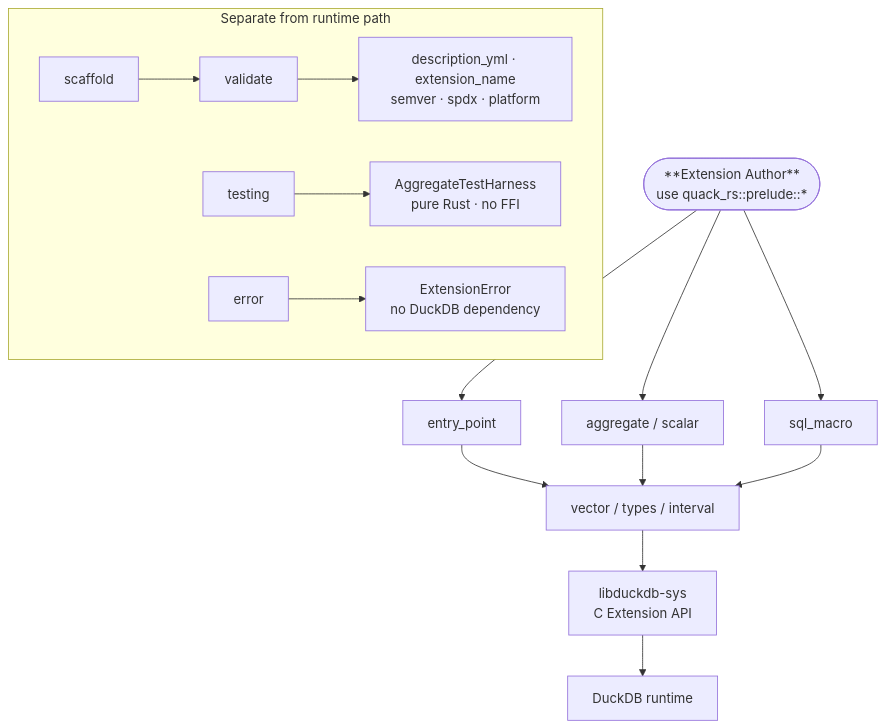
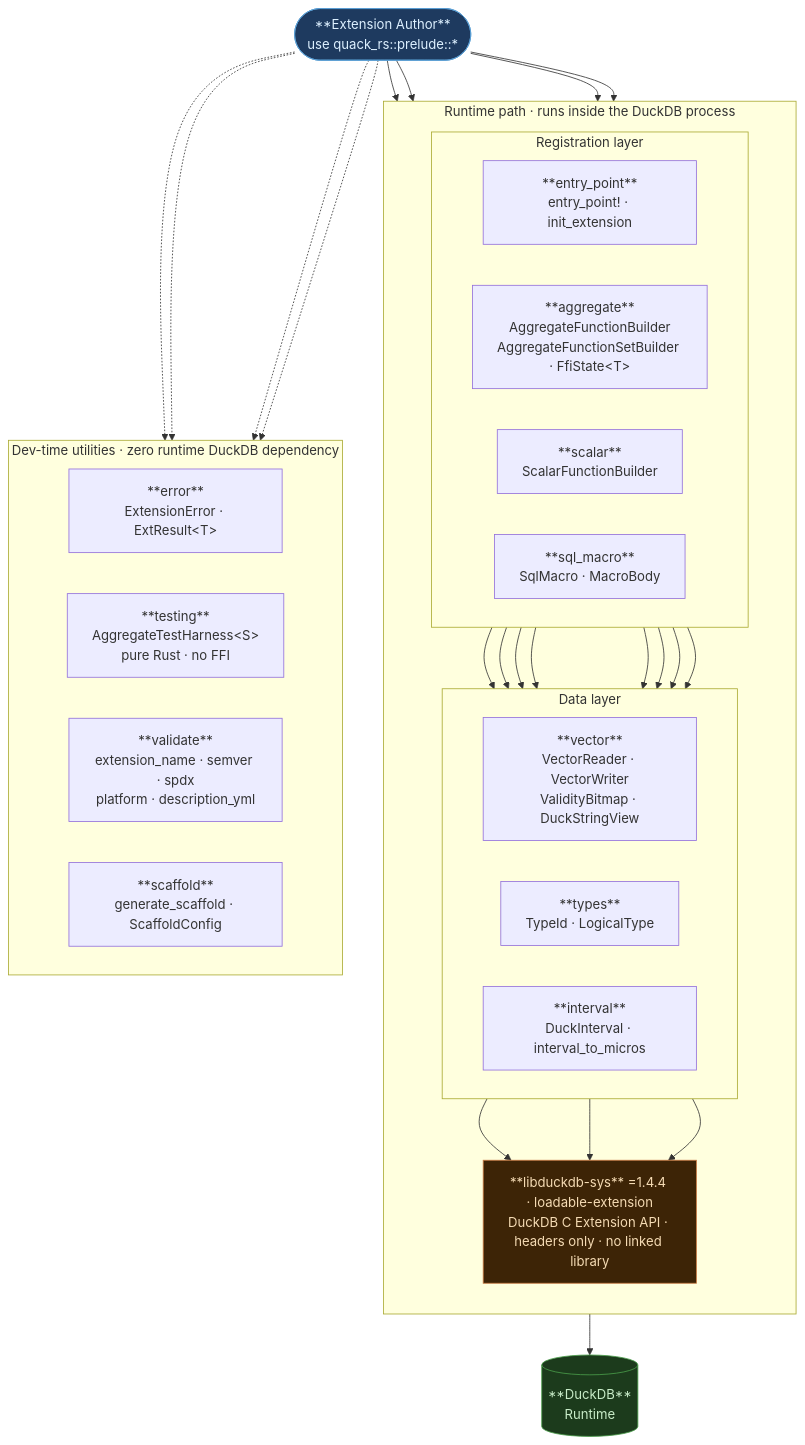
Before and after one commit to tomtom215/quack-rs: the diagram in README.md, drawn with Mermaid. The commit also changed 3 other files, not shown here.

First line of the commit message:
docs: redesign architecture diagram and polish all mermaid diagrams

````diff
--- a/README.md
+++ b/README.md
@@ -483,23 +483,48 @@
 ```mermaid
-graph TD
-    Author(["**Extension Author**<br/>use quack_rs::prelude::*"])
+flowchart TB
+    Author(["**Extension Author**<br/>use quack_rs::prelude::*"]):::author
 
-    Author --> EP[entry_point]
-    Author --> AS["aggregate / scalar"]
-    Author --> SM[sql_macro]
+    subgraph RUNTIME ["Runtime path · runs inside the DuckDB process"]
+        direction TB
 
-    EP  --> VTI["vector / types / interval"]
-    AS  --> VTI
-    SM  --> VTI
+        subgraph REG ["Registration layer"]
+            direction LR
+            EP["**entry_point**<br/>entry_point! · init_extension"]
+            AGG["**aggregate**<br/>AggregateFunctionBuilder<br/>AggregateFunctionSetBuilder · FfiState&lt;T&gt;"]
+            SCL["**scalar**<br/>ScalarFunctionBuilder"]
+            SM["**sql_macro**<br/>SqlMacro · MacroBody"]
+        end
 
-    VTI --> SYS["libduckdb-sys<br/>C Extension API"]
-    SYS --> RT[DuckDB runtime]
+        subgraph DATA ["Data layer"]
+            direction LR
+            VEC["**vector**<br/>VectorReader · VectorWriter<br/>ValidityBitmap · DuckStringView"]
+            TYP["**types**<br/>TypeId · LogicalType"]
+            INT["**interval**<br/>DuckInterval · interval_to_micros"]
+        end
 
-    subgraph util ["Separate from runtime path"]
+        SYS["**libduckdb-sys** =1.4.4 · loadable-extension<br/>DuckDB C Extension API · headers only · no linked library"]:::ffi
+    end
+
+    RT[("**DuckDB**<br/>Runtime")]:::duckdb
+
+    subgraph DEV ["Dev-time utilities · zero runtime DuckDB dependency"]
         direction LR
-        SCF[scaffold] --> VAL[validate]
-        VAL --> V1["description_yml · extension_name<br/>semver · spdx · platform"]
-        TST[testing] --> T1["AggregateTestHarness<br/>pure Rust · no FFI"]
-        ERR[error]   --> E1["ExtensionError<br/>no DuckDB dependency"]
+        ERR["**error**<br/>ExtensionError · ExtResult&lt;T&gt;"]
+        TST["**testing**<br/>AggregateTestHarness&lt;S&gt;<br/>pure Rust · no FFI"]
+        VAL["**validate**<br/>extension_name · semver · spdx<br/>platform · description_yml"]
+        SCF["**scaffold**<br/>generate_scaffold · ScaffoldConfig"]
     end
+
+    Author --> EP & AGG & SCL & SM
+    EP  --> VEC & TYP
+    AGG --> VEC & TYP & INT
+    SCL --> VEC & TYP
+    SM  --> TYP
+    VEC & TYP & INT --> SYS
+    SYS --> RT
+    Author -.-> ERR & TST & VAL & SCF
+
+    classDef author fill:#1e3a5f,stroke:#5a9fd4,color:#ddf0ff
+    classDef ffi fill:#3d2406,stroke:#c87941,color:#f5dbb4
+    classDef duckdb fill:#1c3b1c,stroke:#4a9e4a,color:#c8ecc8
 ```
````
